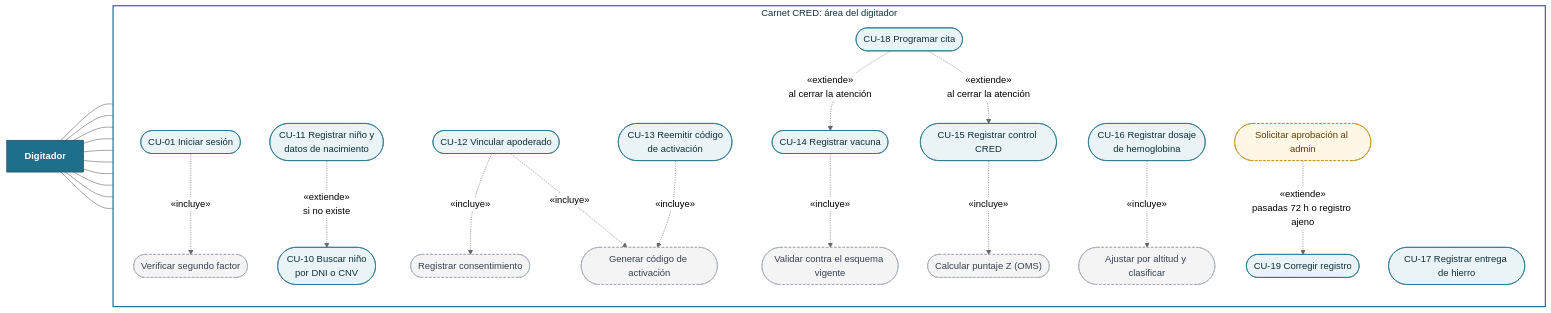
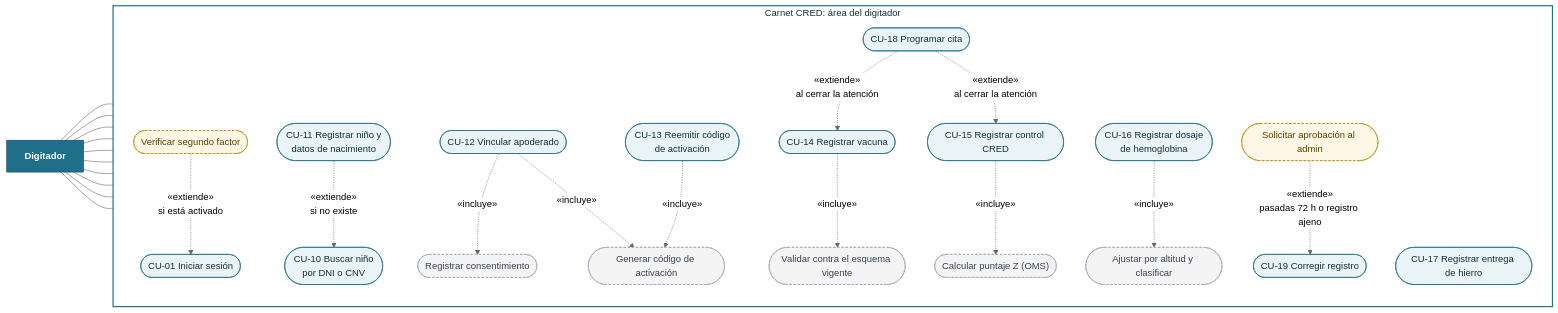
One commit to Jose27luis/CarnetBoy changed the third of 32 diagrams in README.md. Above: the diagram before and after it, drawn with Mermaid (neutral theme). The commit also changed other lines of this file, not shown here.

Commit message:
docs(readme): el segundo factor es opcional en los casos de uso

````diff
--- a/README.md
+++ b/README.md
@@ -318,55 +319,55 @@
 ```mermaid
 flowchart LR
     DIG["Digitador"]:::actor
 
     subgraph SIS["Carnet CRED: área del digitador"]
         direction TB
         D01(["CU-01 Iniciar sesión"]):::uc
-        D0F(["Verificar segundo factor"]):::inc
+        D0F(["Verificar segundo factor"]):::ext
         D10(["CU-10 Buscar niño<br/>por DNI o CNV"]):::uc
         D11(["CU-11 Registrar niño y<br/>datos de nacimiento"]):::uc
         D12(["CU-12 Vincular apoderado"]):::uc
         D12a(["Registrar consentimiento"]):::inc
         D12b(["Generar código de activación"]):::inc
         D13(["CU-13 Reemitir código<br/>de activación"]):::uc
         D14(["CU-14 Registrar vacuna"]):::uc
         D14a(["Validar contra el esquema vigente"]):::inc
         D15(["CU-15 Registrar control CRED"]):::uc
         D15a(["Calcular puntaje Z (OMS)"]):::inc
         D16(["CU-16 Registrar dosaje<br/>de hemoglobina"]):::uc
         D16a(["Ajustar por altitud y clasificar"]):::inc
         D17(["CU-17 Registrar entrega de hierro"]):::uc
         D18(["CU-18 Programar cita"]):::uc
         D19(["CU-19 Corregir registro"]):::uc
         D19a(["Solicitar aprobación al admin"]):::ext
     end
 
     DIG --- D01
     DIG --- D10
     DIG --- D12
     DIG --- D13
     DIG --- D14
     DIG --- D15
     DIG --- D16
     DIG --- D17
     DIG --- D18
     DIG --- D19
 
-    D01 -.->|"«incluye»"| D0F
+    D0F -.->|"«extiende»<br/>si está activado"| D01
     D11 -.->|"«extiende»<br/>si no existe"| D10
     D12 -.->|"«incluye»"| D12a
     D12 -.->|"«incluye»"| D12b
     D13 -.->|"«incluye»"| D12b
     D14 -.->|"«incluye»"| D14a
     D15 -.->|"«incluye»"| D15a
     D16 -.->|"«incluye»"| D16a
     D18 -.->|"«extiende»<br/>al cerrar la atención"| D14
     D18 -.->|"«extiende»<br/>al cerrar la atención"| D15
     D19a -.->|"«extiende»<br/>pasadas 72 h o registro ajeno"| D19
 
     classDef actor fill:#1F6F8B,stroke:#123F50,color:#FFFFFF,font-weight:bold
     classDef uc fill:#EAF4F7,stroke:#1F6F8B,color:#0F2F3A
     classDef inc fill:#F4F4F5,stroke:#9CA3AF,color:#374151,stroke-dasharray:4 3
     classDef ext fill:#FFF7E6,stroke:#C2850C,color:#5C3D00,stroke-dasharray:4 3
     style SIS fill:#FFFFFF,stroke:#1F6F8B,stroke-width:2px,color:#0F2F3A
 ```
````
